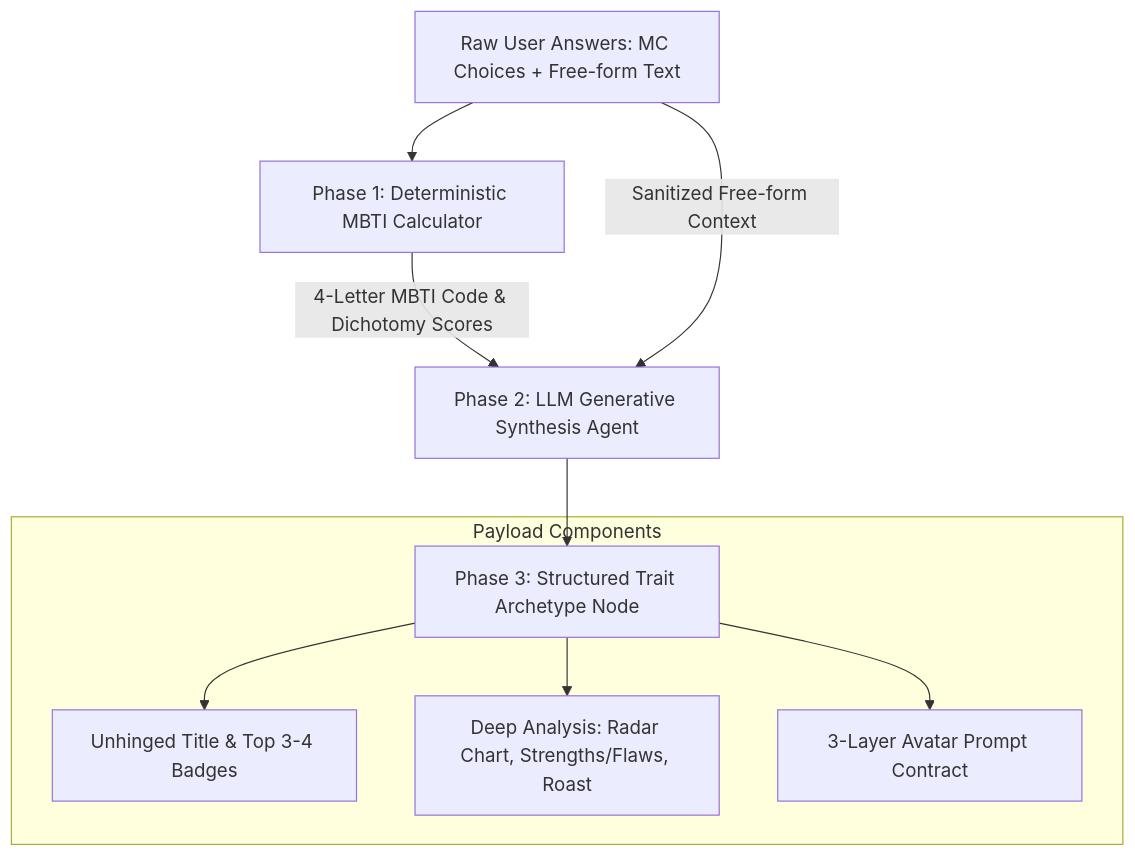
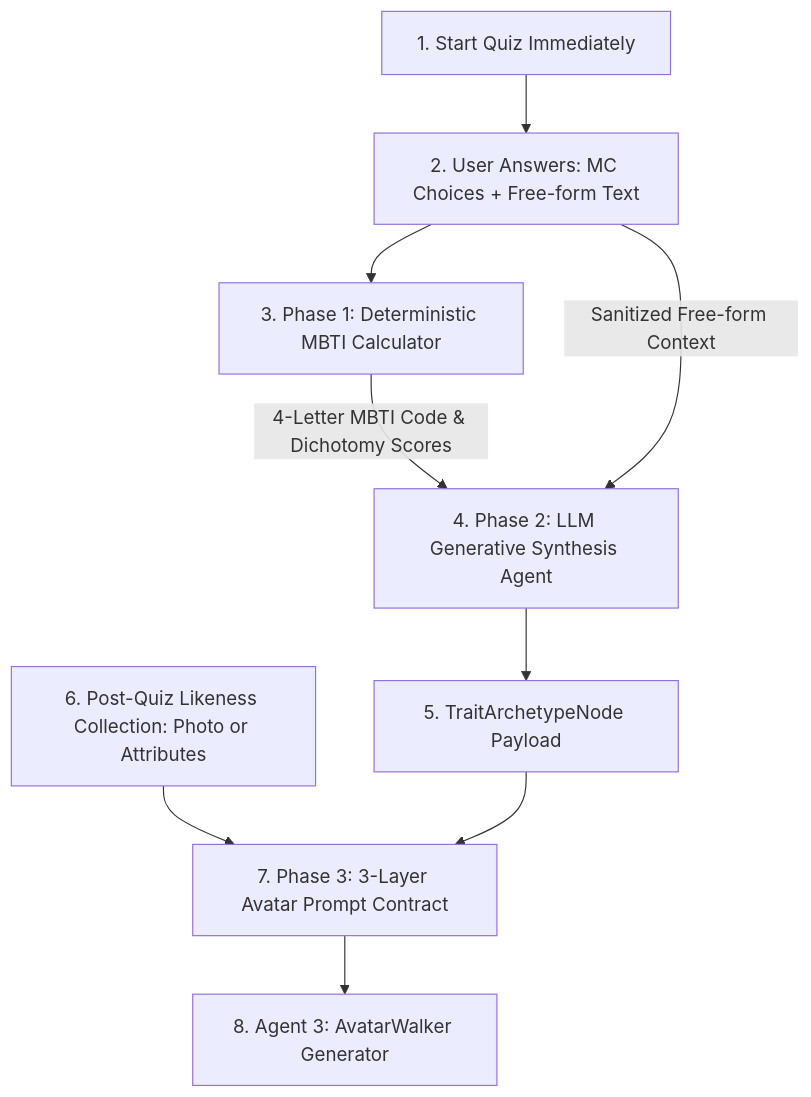
The diagram in docs/TRAIT_SYNTHESIZER_SPEC.md (scottsimenel/jac-hacks-sf), drawn with Mermaid before and after one commit. The commit also changed other lines of this file and 3 other files, not shown here.

Commit message:
docs: modify CUJ flow to place avatar personalization collection step after quiz completion

````diff
--- a/docs/TRAIT_SYNTHESIZER_SPEC.md
+++ b/docs/TRAIT_SYNTHESIZER_SPEC.md
@@ -16,14 +16,13 @@
 ```mermaid
 graph TD
-    Raw[Raw User Answers: MC Choices + Free-form Text] --> Calc[Phase 1: Deterministic MBTI Calculator]
-    Calc -->|4-Letter MBTI Code & Dichotomy Scores| Synthesizer[Phase 2: LLM Generative Synthesis Agent]
+    User[1. Start Quiz Immediately] --> Raw[2. User Answers: MC Choices + Free-form Text]
+    Raw --> Calc[3. Phase 1: Deterministic MBTI Calculator]
+    Calc -->|4-Letter MBTI Code & Dichotomy Scores| Synthesizer[4. Phase 2: LLM Generative Synthesis Agent]
     Raw -->|Sanitized Free-form Context| Synthesizer
     
-    Synthesizer --> Payload[Phase 3: Structured Trait Archetype Node]
+    Synthesizer --> Archetype[5. TraitArchetypeNode Payload]
     
-    subgraph Payload Components
-        Payload --> Title[Unhinged Title & Top 3-4 Badges]
-        Payload --> Deep[Deep Analysis: Radar Chart, Strengths/Flaws, Roast]
-        Payload --> Prompt[3-Layer Avatar Prompt Contract]
-    end
+    Likeness[6. Post-Quiz Likeness Collection: Photo or Attributes] --> Handoff[7. Phase 3: 3-Layer Avatar Prompt Contract]
+    Archetype --> Handoff
+    Handoff --> Agent3[8. Agent 3: AvatarWalker Generator]
 ```
````
